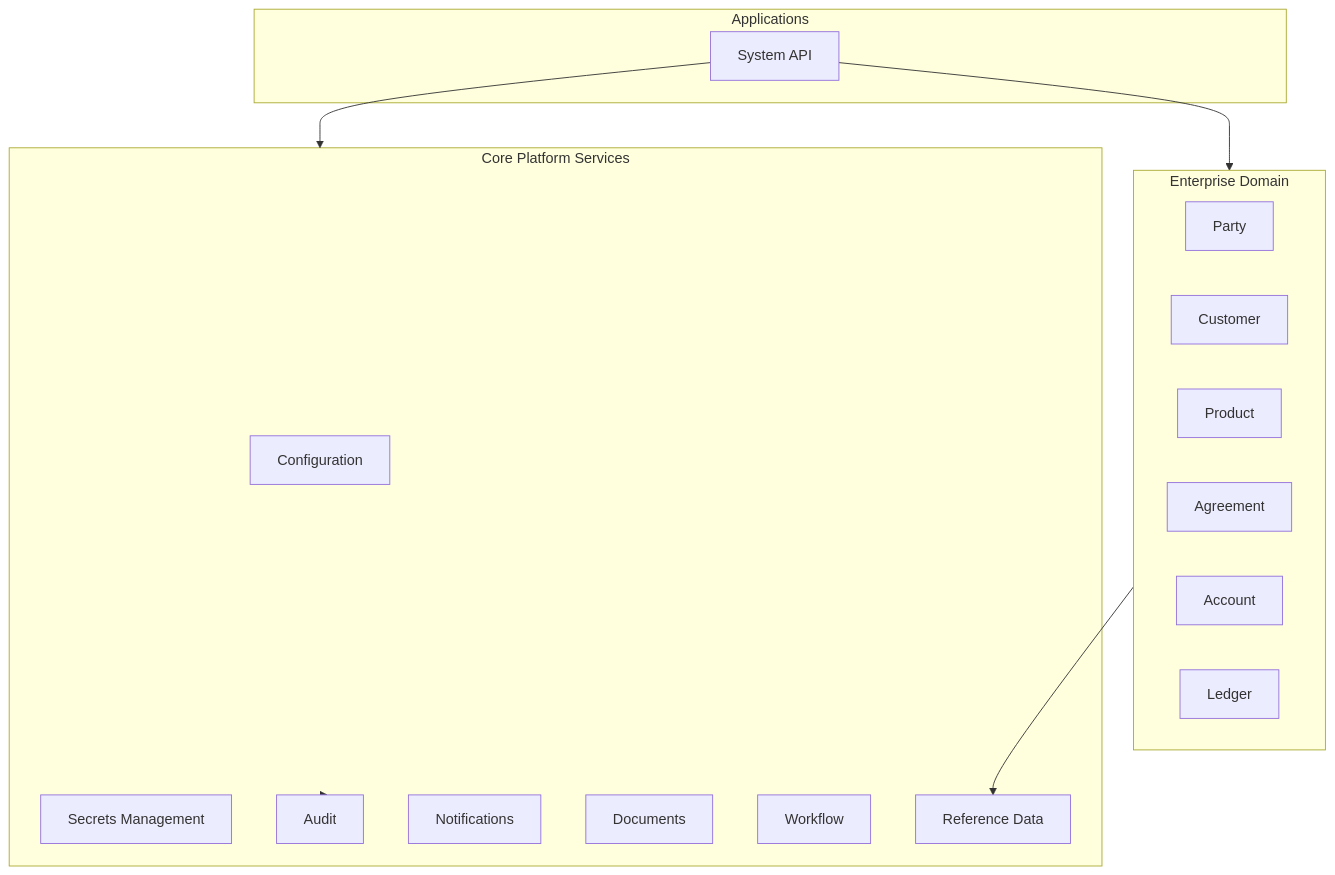
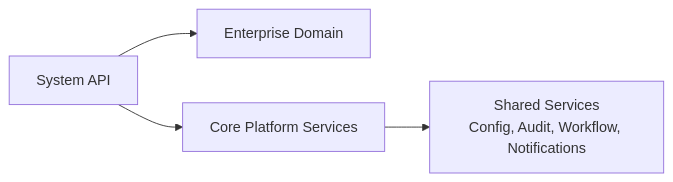
One commit to VishChandran/epos changed the third of 8 diagrams in docs/architecture/software-architecture.md. Above: the diagram before and after it, drawn with Mermaid. The commit also changed other lines of this file, not shown here.

Commit message:
docs(architecture): simplify interim architecture diagrams

````diff
--- a/docs/architecture/software-architecture.md
+++ b/docs/architecture/software-architecture.md
@@ -111,31 +94,11 @@
 ```mermaid
-flowchart TB
+flowchart LR
+    API[System API]
+    Domain[Enterprise Domain]
+    Platform[Core Platform Services]
+    Shared[Shared Services<br/>Config, Audit, Workflow, Notifications]
 
-subgraph Applications
-    SystemAPI[System API]
-end
-
-subgraph EnterpriseDomain[Enterprise Domain]
-    Party[Party]
-    Customer[Customer]
-    Product[Product]
-    Agreement[Agreement]
-    Account[Account]
-    Ledger[Ledger]
-end
-
-subgraph CorePlatformServices[Core Platform Services]
-    Configuration[Configuration]
-    Secrets[Secrets Management]
-    Audit[Audit]
-    Notifications[Notifications]
-    Documents[Documents]
-    Workflow[Workflow]
-    ReferenceData[Reference Data]
-end
-
-SystemAPI --> EnterpriseDomain
-SystemAPI --> CorePlatformServices
-EnterpriseDomain --> ReferenceData
-CorePlatformServices --> Audit
+    API --> Domain
+    API --> Platform
+    Platform --> Shared
 ```
````
